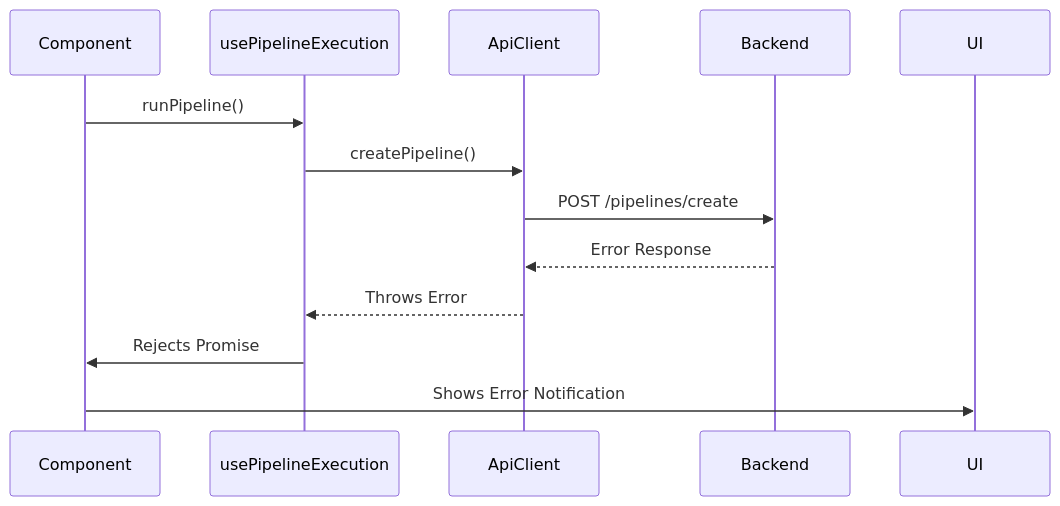
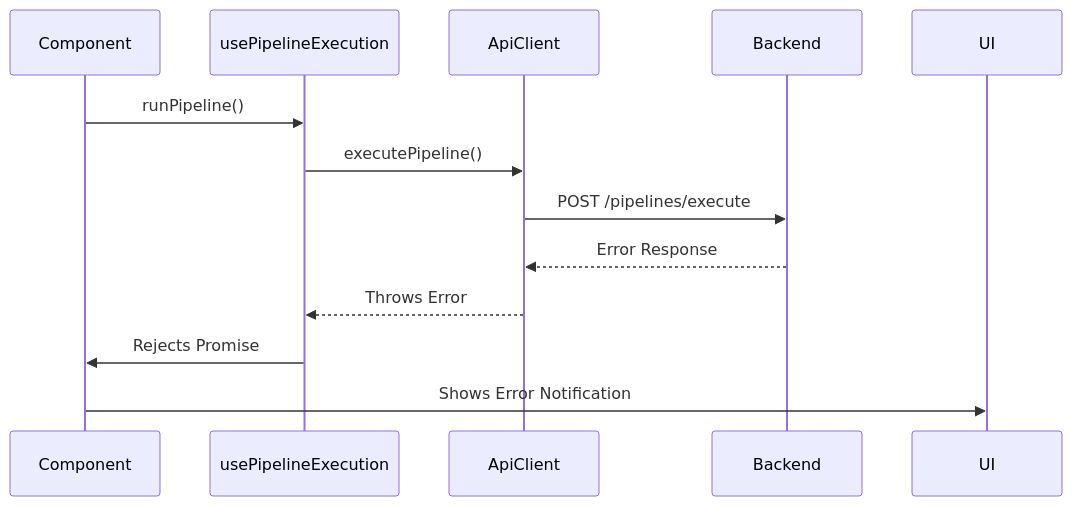
Before and after one commit to AlexsanderHamir/PromptMesh: the second of 2 diagrams in dashboard/src/api/api.md, drawn with Mermaid. The commit also changed other lines of this file and 8 other files, not shown here.

````diff
--- a/dashboard/src/api/api.md
+++ b/dashboard/src/api/api.md
@@ -129,15 +81,15 @@
 ```mermaid
 sequenceDiagram
     participant Component
     participant usePipelineExecution
     participant ApiClient
     participant Backend
 
     Component->>usePipelineExecution: runPipeline()
-    usePipelineExecution->>ApiClient: createPipeline()
-    ApiClient->>Backend: POST /pipelines/create
+    usePipelineExecution->>ApiClient: executePipeline()
+    ApiClient->>Backend: POST /pipelines/execute
     Backend-->>ApiClient: Error Response
     ApiClient-->>usePipelineExecution: Throws Error
     usePipelineExecution->>Component: Rejects Promise
     Component->>UI: Shows Error Notification
 ```
````
